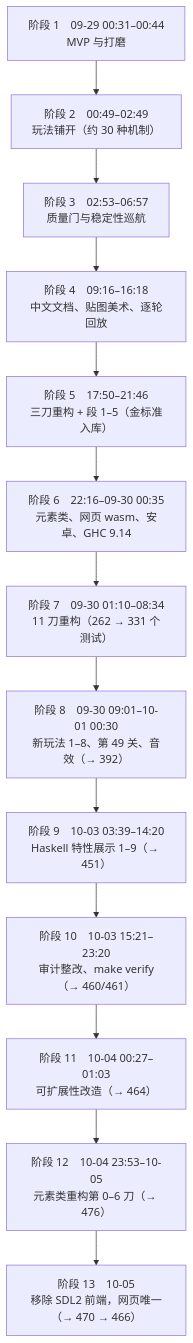
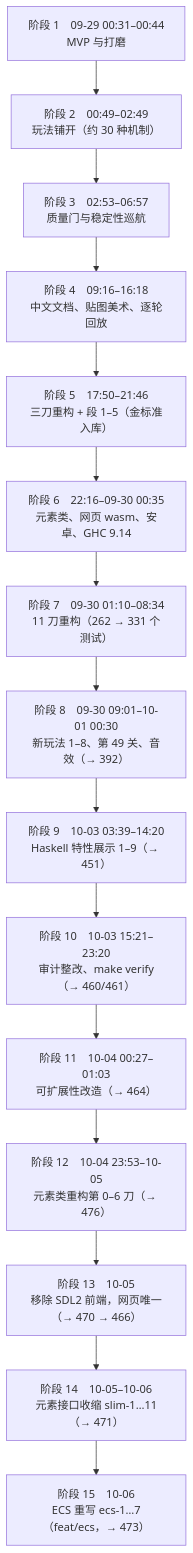
One commit to exsabersac/match3 changed the diagram in docs/guide/08-演进史.md. Above: the diagram before and after it, drawn with Mermaid. The commit also changed other lines of this file and 8 other files, not shown here.

Commit message:
WIP ecs-7: docs/guide 按 ECS 重写（04 元素框架、02 §7、03 步尾、09 术语、01 模块图）、08 演进史阶段 15、测试数 473

````diff
--- a/docs/guide/08-演进史.md
+++ b/docs/guide/08-演进史.md
@@ -10,15 +10,17 @@
 ```mermaid
 flowchart TB
   A["阶段 1　09-29 00:31–00:44<br/>MVP 与打磨"] --> B["阶段 2　00:49–02:49<br/>玩法铺开（约 30 种机制）"]
   B --> C["阶段 3　02:53–06:57<br/>质量门与稳定性巡航"]
   C --> D["阶段 4　09:16–16:18<br/>中文文档、贴图美术、逐轮回放"]
   D --> E["阶段 5　17:50–21:46<br/>三刀重构 + 段 1–5（金标准入库）"]
   E --> F["阶段 6　22:16–09-30 00:35<br/>元素类、网页 wasm、安卓、GHC 9.14"]
   F --> G["阶段 7　09-30 01:10–08:34<br/>11 刀重构（262 → 331 个测试）"]
   G --> H["阶段 8　09-30 09:01–10-01 00:30<br/>新玩法 1–8、第 49 关、音效（→ 392）"]
   H --> I["阶段 9　10-03 03:39–14:20<br/>Haskell 特性展示 1–9（→ 451）"]
   I --> J["阶段 10　10-03 15:21–23:20<br/>审计整改、make verify（→ 460/461）"]
   J --> K["阶段 11　10-04 00:27–01:03<br/>可扩展性改造（→ 464）"]
   K --> L["阶段 12　10-04 23:53–10-05<br/>元素类重构第 0–6 刀（→ 476）"]
   L --> M["阶段 13　10-05<br/>移除 SDL2 前端，网页唯一（→ 470 → 466）"]
+  M --> N["阶段 14　10-05–10-06<br/>元素接口收缩 slim-1…11（→ 471）"]
+  N --> O["阶段 15　10-06<br/>ECS 重写 ecs-1…7（feat/ecs，→ 473）"]
 ```
````
